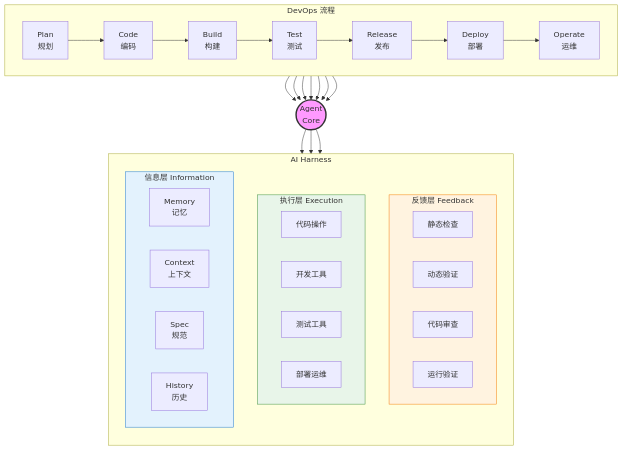
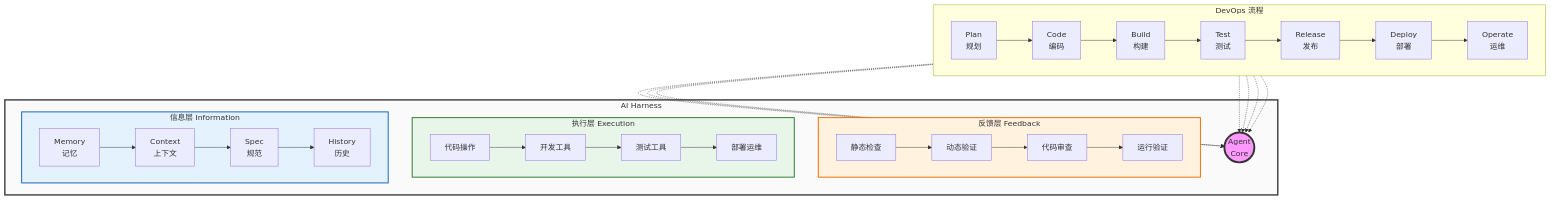
One commit to yves960/articles changed the first of 7 diagrams in articles/ai-assisted-dev-toolmap.md. Above: the diagram before and after it, drawn with Mermaid. The commit also changed other lines of this file, not shown here.

````diff
--- a/articles/ai-assisted-dev-toolmap.md
+++ b/articles/ai-assisted-dev-toolmap.md
@@ -9,59 +9,45 @@
 ```mermaid
 graph TB
     subgraph DevOps["DevOps 流程"]
         direction LR
         Plan[Plan<br/>规划] --> Code[Code<br/>编码]
         Code --> Build[Build<br/>构建]
         Build --> Test[Test<br/>测试]
         Test --> Release[Release<br/>发布]
         Release --> Deploy[Deploy<br/>部署]
         Deploy --> Operate[Operate<br/>运维]
     end
 
     subgraph Harness["AI Harness"]
-        direction TB
-        
         subgraph Feedback["反馈层 Feedback"]
             direction LR
-            F1[静态检查]
-            F2[动态验证]
-            F3[代码审查]
-            F4[运行验证]
+            F1[静态检查] --> F2[动态验证] --> F3[代码审查] --> F4[运行验证]
         end
         
         subgraph Execution["执行层 Execution"]
             direction LR
-            E1[代码操作]
-            E2[开发工具]
-            E3[测试工具]
-            E4[部署运维]
+            E1[代码操作] --> E2[开发工具] --> E3[测试工具] --> E4[部署运维]
         end
         
         subgraph Information["信息层 Information"]
             direction LR
-            I1[Memory<br/>记忆]
-            I2[Context<br/>上下文]
-            I3[Spec<br/>规范]
-            I4[History<br/>历史]
+            I1[Memory<br/>记忆] --> I2[Context<br/>上下文] --> I3[Spec<br/>规范] --> I4[History<br/>历史]
         end
+        
+        Agent((Agent<br/>Core))
     end
     
-    Agent((Agent<br/>Core))
+    Plan -.-> Agent
+    Code -.-> Agent
+    Build -.-> Agent
+    Test -.-> Agent
+    Release -.-> Agent
+    Deploy -.-> Agent
+    Operate -.-> Agent
     
-    Agent --> Information
-    Agent --> Execution
-    Agent --> Feedback
-    
-    Plan --> Agent
-    Code --> Agent
-    Build --> Agent
-    Test --> Agent
-    Release --> Agent
-    Deploy --> Agent
-    Operate --> Agent
-    
-    style Agent fill:#f9f,stroke:#333,stroke-width:3px
-    style Information fill:#e3f2fd,stroke:#1976d2
-    style Execution fill:#e8f5e9,stroke:#388e3c
-    style Feedback fill:#fff3e0,stroke:#f57c00
+    style Agent fill:#f9f,stroke:#333,stroke-width:4px
+    style Information fill:#e3f2fd,stroke:#1565c0,stroke-width:2px
+    style Execution fill:#e8f5e9,stroke:#2e7d32,stroke-width:2px
+    style Feedback fill:#fff3e0,stroke:#ef6c00,stroke-width:2px
+    style Harness fill:#fafafa,stroke:#424242,stroke-width:3px
 ```
````
